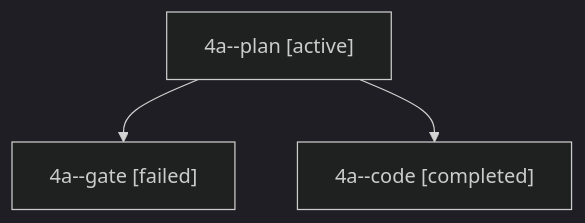
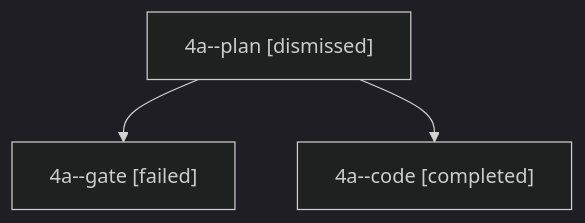
One commit to bobs-org/bob-cli--agents changed the diagram in sessions/bbugyi200.apollo.4a.md. Above: the diagram before and after it, drawn with Mermaid (dark theme). The commit also changed other lines of this file and 30 other files, not shown here.

````diff
--- a/sessions/bbugyi200.apollo.4a.md
+++ b/sessions/bbugyi200.apollo.4a.md
@@ -9,8 +9,8 @@
 ```mermaid
 flowchart TD
-  n0["4a--plan [active]"]
+  n0["4a--plan [dismissed]"]
   n1["4a--gate [failed]"]
   n0 --> n1
   n2["4a--code [completed]"]
   n0 --> n2
 ```
````
